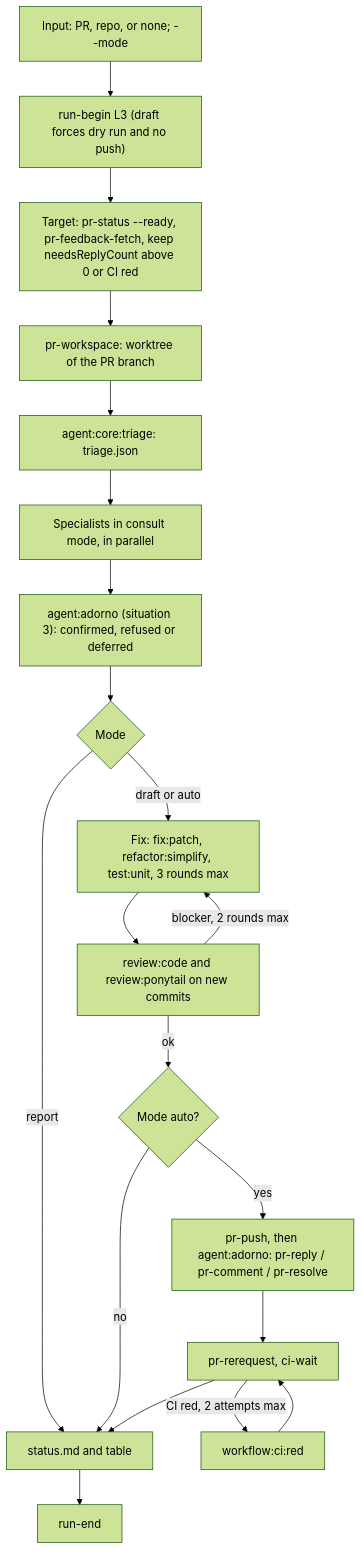
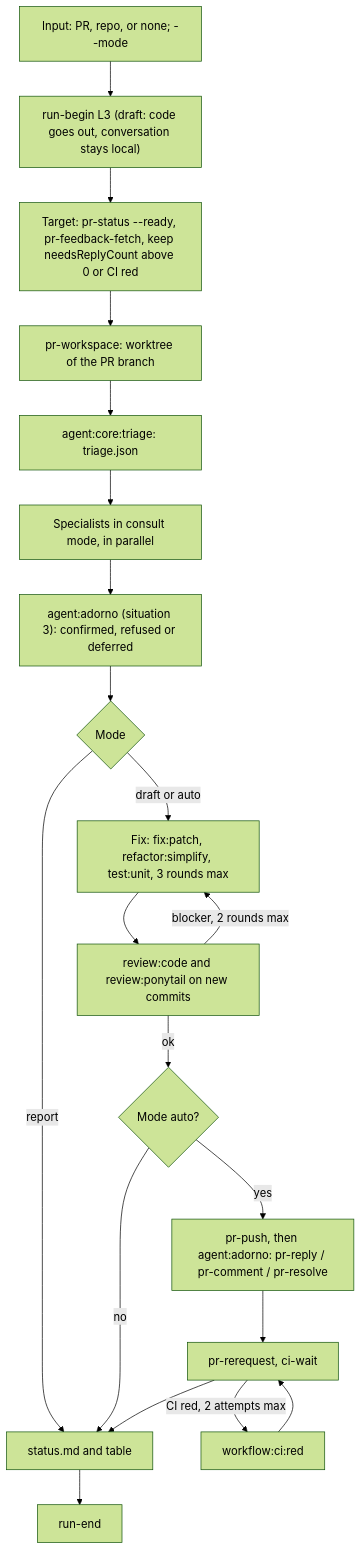
Before and after one commit to nicolasmondain/adorno: the first of 2 diagrams in src/workflows/review/SCHEMA.md, drawn with Mermaid (forest theme). The commit also changed 20 other files, not shown here.

First line of the commit message:
feat(github): let draft runs push code while conversations stay local

````diff
--- a/src/workflows/review/SCHEMA.md
+++ b/src/workflows/review/SCHEMA.md
@@ -5,22 +5,22 @@
 ```mermaid
 flowchart TD
-  A["Input: PR, repo, or none; --mode"] --> B["run-begin L3 (draft forces dry run and no push)"]
+  A["Input: PR, repo, or none; --mode"] --> B["run-begin L3 (draft: code goes out, conversation stays local)"]
   B --> C["Target: pr-status --ready, pr-feedback-fetch, keep needsReplyCount above 0 or CI red"]
   C --> D["pr-workspace: worktree of the PR branch"]
   D --> E["agent:core:triage: triage.json"]
   E --> F["Specialists in consult mode, in parallel"]
   F --> G["agent:adorno (situation 3): confirmed, refused or deferred"]
   G --> H{"Mode"}
   H -->|"report"| N["status.md and table"]
   H -->|"draft or auto"| I["Fix: fix:patch, refactor:simplify, test:unit, 3 rounds max"]
   I --> J["review:code and review:ponytail on new commits"]
   J -->|"blocker, 2 rounds max"| I
   J -->|"ok"| K{"Mode auto?"}
   K -->|"no"| N
   K -->|"yes"| L["pr-push, then agent:adorno: pr-reply / pr-comment / pr-resolve"]
   L --> M["pr-rerequest, ci-wait"]
   M -->|"CI red, 2 attempts max"| R["workflow:ci:red"]
   R --> M
   M --> N
   N --> O["run-end"]
 ```
````
